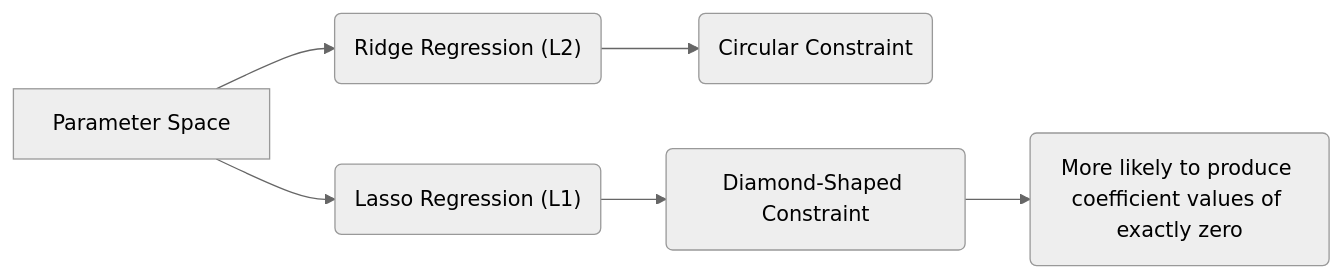
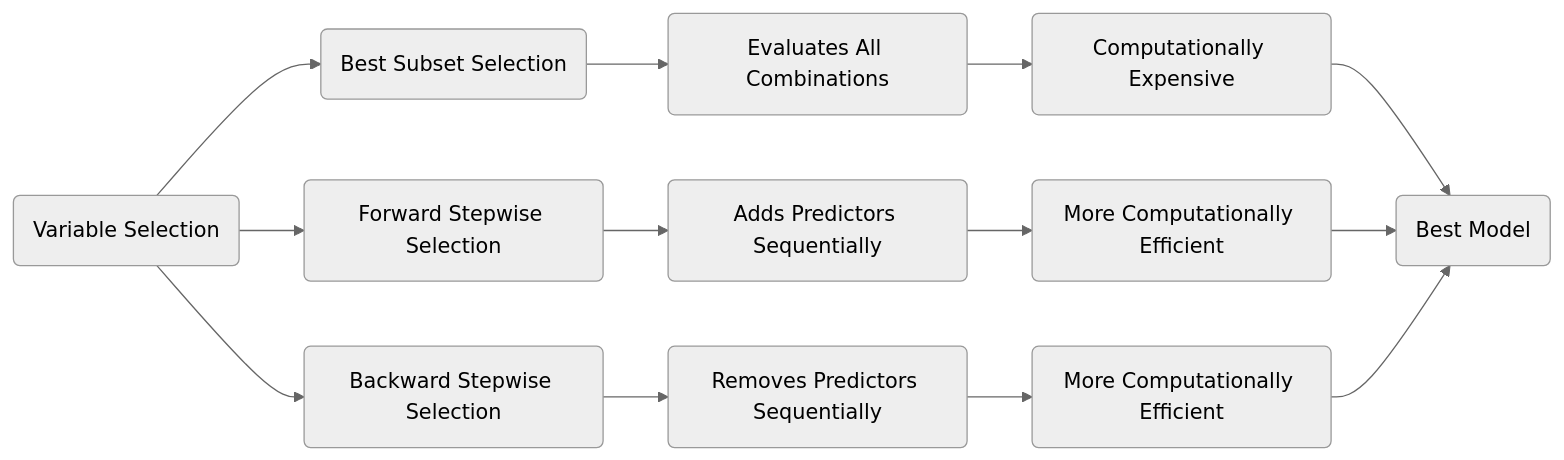
The fifth of 5 diagrams in 01. Linear Regression/01. Key Themes/01. Bias Variance Tradeoff.md (diegomrodrigues/statistical_learning_notes), drawn with Mermaid (neutral theme) before and after one commit. The commit also changed other lines of this file, not shown here.

````diff
--- a/01. Linear Regression/01. Key Themes/01. Bias Variance Tradeoff.md
+++ b/01. Linear Regression/01. Key Themes/01. Bias Variance Tradeoff.md
@@ -279,8 +530,15 @@
 ```mermaid
 graph LR
-    A["Parameter Space"] --> B("Ridge Regression (L2)");
-    A --> C("Lasso Regression (L1)");
-    B --> D("Circular Constraint");
-    C --> E("Diamond-Shaped Constraint");
-    E --> F("More likely to produce coefficient values of exactly zero");
+    A("Variable Selection") --> B("Best Subset Selection");
+    A --> C("Forward Stepwise Selection");
+    A --> D("Backward Stepwise Selection");
+    B --> E("Evaluates All Combinations");
+    C --> F("Adds Predictors Sequentially");
+    D --> G("Removes Predictors Sequentially");
+    E --> H("Computationally Expensive");
+    F --> I("More Computationally Efficient");
+    G --> J("More Computationally Efficient");
+    H --> K("Best Model");
+        I --> K;
+        J --> K
 ```
````
